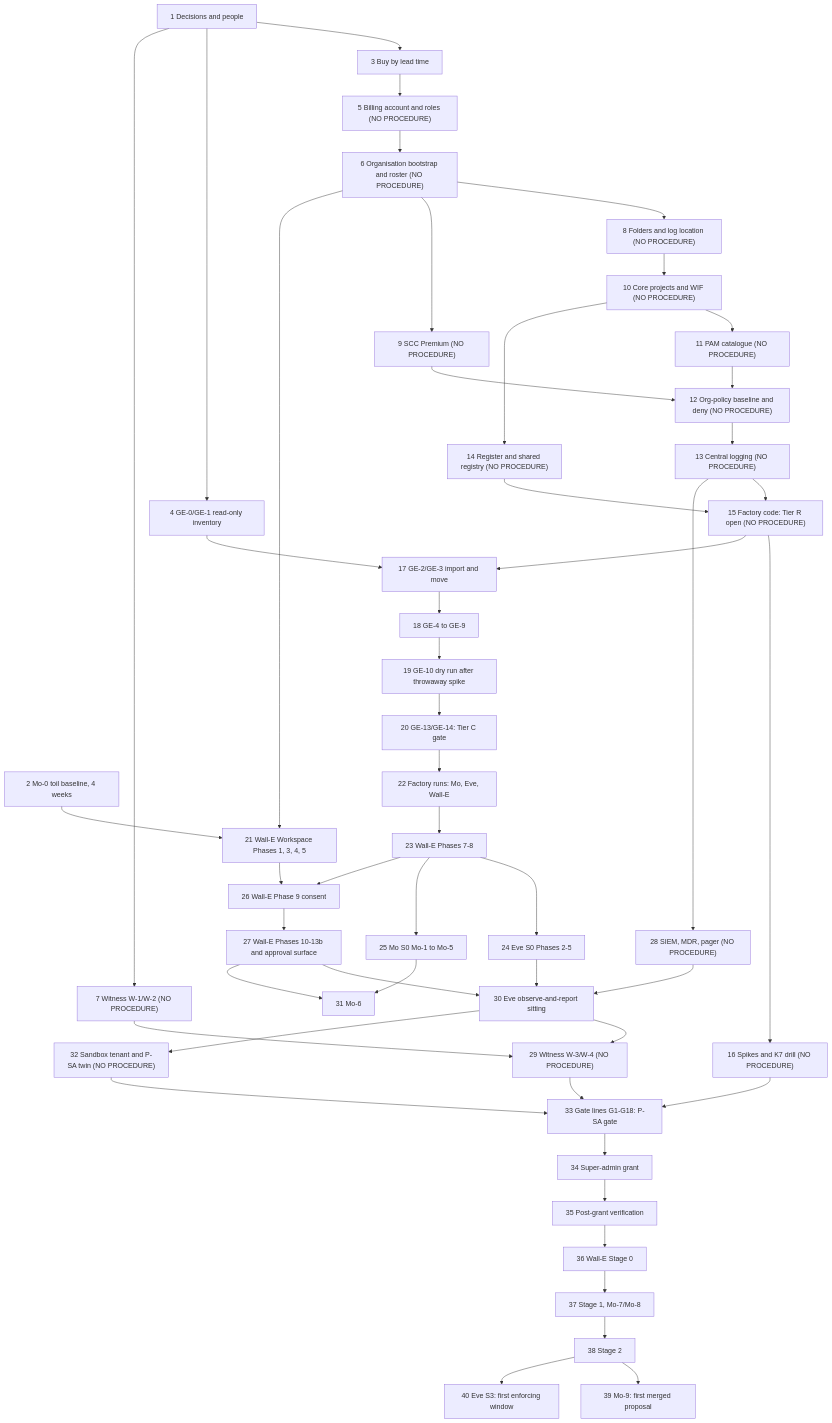
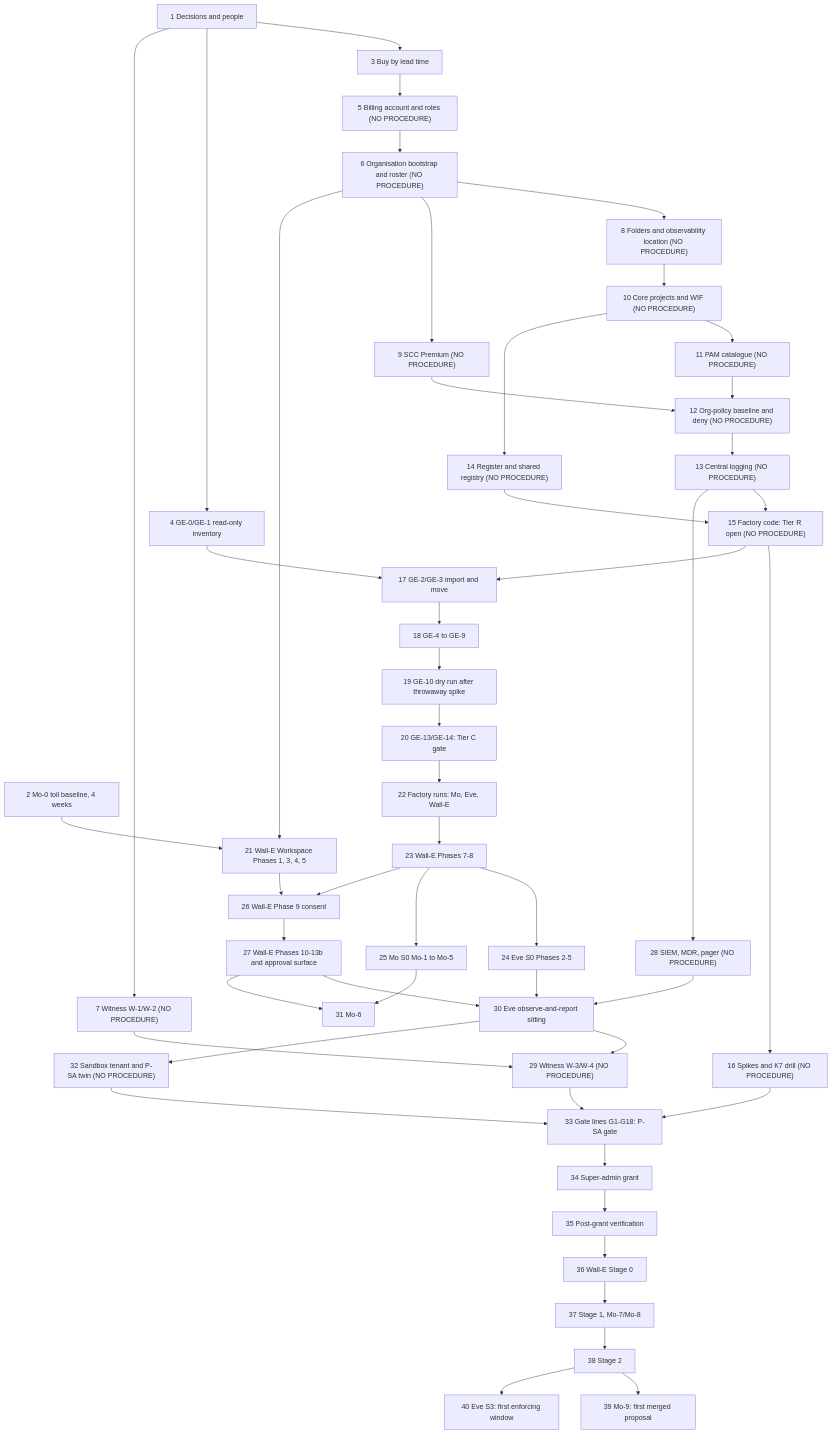
The diagram in platform/agentic-platform/13-setup-procedure-review.md (jsbdfgidsfg/agentic-platform), drawn with Mermaid before and after one commit. The commit also changed other lines of this file and 2 other files, not shown here.

````diff
--- a/platform/agentic-platform/13-setup-procedure-review.md
+++ b/platform/agentic-platform/13-setup-procedure-review.md
@@ -222,52 +240,52 @@
 ```mermaid
 flowchart TD
   S1["1 Decisions and people"] --> S3["3 Buy by lead time"]
   S2["2 Mo-0 toil baseline, 4 weeks"] --> S21
   S1 --> S4["4 GE-0/GE-1 read-only inventory"]
   S3 --> S5["5 Billing account and roles (NO PROCEDURE)"]
   S5 --> S6["6 Organisation bootstrap and roster (NO PROCEDURE)"]
   S1 --> S7["7 Witness W-1/W-2 (NO PROCEDURE)"]
-  S6 --> S8["8 Folders and log location (NO PROCEDURE)"]
+  S6 --> S8["8 Folders and observability location (NO PROCEDURE)"]
   S6 --> S9["9 SCC Premium (NO PROCEDURE)"]
   S8 --> S10["10 Core projects and WIF (NO PROCEDURE)"]
   S10 --> S11["11 PAM catalogue (NO PROCEDURE)"]
   S9 --> S12["12 Org-policy baseline and deny (NO PROCEDURE)"]
   S11 --> S12
   S12 --> S13["13 Central logging (NO PROCEDURE)"]
   S10 --> S14["14 Register and shared registry (NO PROCEDURE)"]
   S13 --> S15["15 Factory code: Tier R open (NO PROCEDURE)"]
   S14 --> S15
   S15 --> S16["16 Spikes and K7 drill (NO PROCEDURE)"]
   S4 --> S17["17 GE-2/GE-3 import and move"]
   S15 --> S17
   S17 --> S18["18 GE-4 to GE-9"]
   S18 --> S19["19 GE-10 dry run after throwaway spike"]
   S19 --> S20["20 GE-13/GE-14: Tier C gate"]
   S6 --> S21["21 Wall-E Workspace Phases 1, 3, 4, 5"]
   S20 --> S22["22 Factory runs: Mo, Eve, Wall-E"]
   S22 --> S23["23 Wall-E Phases 7-8"]
   S23 --> S24["24 Eve S0 Phases 2-5"]
   S23 --> S25["25 Mo S0 Mo-1 to Mo-5"]
   S21 --> S26["26 Wall-E Phase 9 consent"]
   S23 --> S26
   S26 --> S27["27 Wall-E Phases 10-13b and approval surface"]
   S13 --> S28["28 SIEM, MDR, pager (NO PROCEDURE)"]
   S24 --> S30["30 Eve observe-and-report sitting"]
   S27 --> S30
   S28 --> S30
   S30 --> S29["29 Witness W-3/W-4 (NO PROCEDURE)"]
   S7 --> S29
   S25 --> S31["31 Mo-6"]
   S27 --> S31
   S30 --> S32["32 Sandbox tenant and P-SA twin (NO PROCEDURE)"]
   S16 --> S33["33 Gate lines G1-G18: P-SA gate"]
   S29 --> S33
   S32 --> S33
   S33 --> S34["34 Super-admin grant"]
   S34 --> S35["35 Post-grant verification"]
   S35 --> S36["36 Wall-E Stage 0"]
   S36 --> S37["37 Stage 1, Mo-7/Mo-8"]
   S37 --> S38["38 Stage 2"]
   S38 --> S39["39 Mo-9: first merged proposal"]
   S38 --> S40["40 Eve S3: first enforcing window"]
 ```
````
